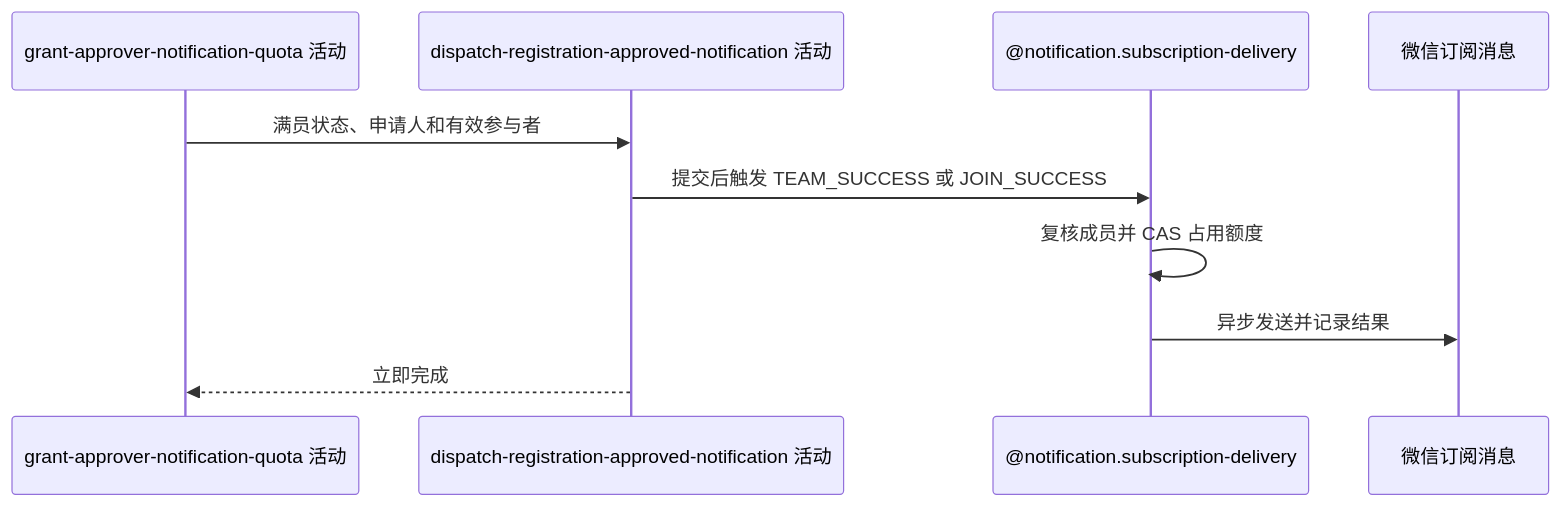
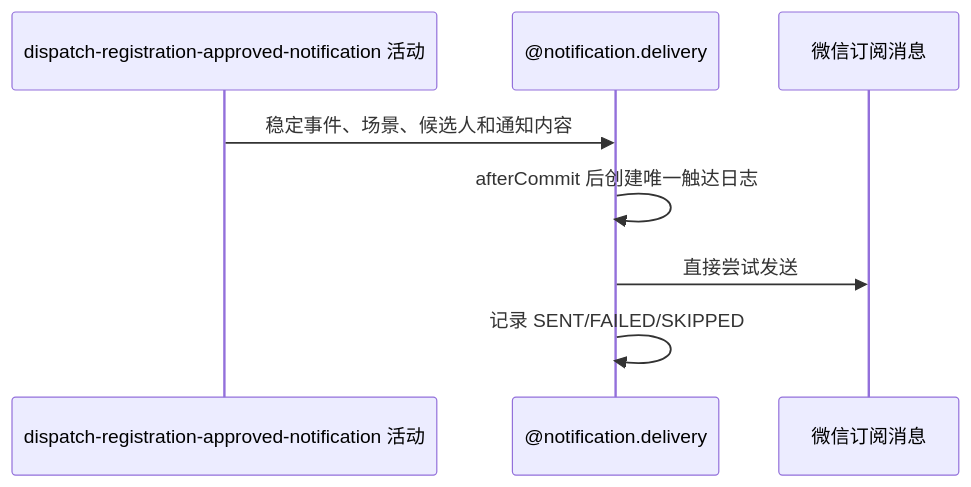
Before and after one commit to chxt100016/Rally: the diagram in blueprint/spec/meetup/registration-approve/dispatch-registration-approved-notification/activity.md, drawn with Mermaid. The commit also changed other lines of this file and 170 other files, not shown here.

````diff
--- a/blueprint/spec/meetup/registration-approve/dispatch-registration-approved-notification/activity.md
+++ b/blueprint/spec/meetup/registration-approve/dispatch-registration-approved-notification/activity.md
@@ -14,12 +14,10 @@
 ```mermaid
 sequenceDiagram
-    participant G as grant-approver-notification-quota 活动
     participant A as dispatch-registration-approved-notification 活动
-    participant N as @notification.subscription-delivery
+    participant N as @notification.delivery
     participant W as 微信订阅消息
-    G->>A: 满员状态、申请人和有效参与者
-    A->>N: 提交后触发 TEAM_SUCCESS 或 JOIN_SUCCESS
-    N->>N: 复核成员并 CAS 占用额度
-    N->>W: 异步发送并记录结果
-    A-->>G: 立即完成
+    A->>N: 稳定事件、场景、候选人和通知内容
+    N->>N: afterCommit 后创建唯一触达日志
+    N->>W: 直接尝试发送
+    N->>N: 记录 SENT/FAILED/SKIPPED
 ```
````
